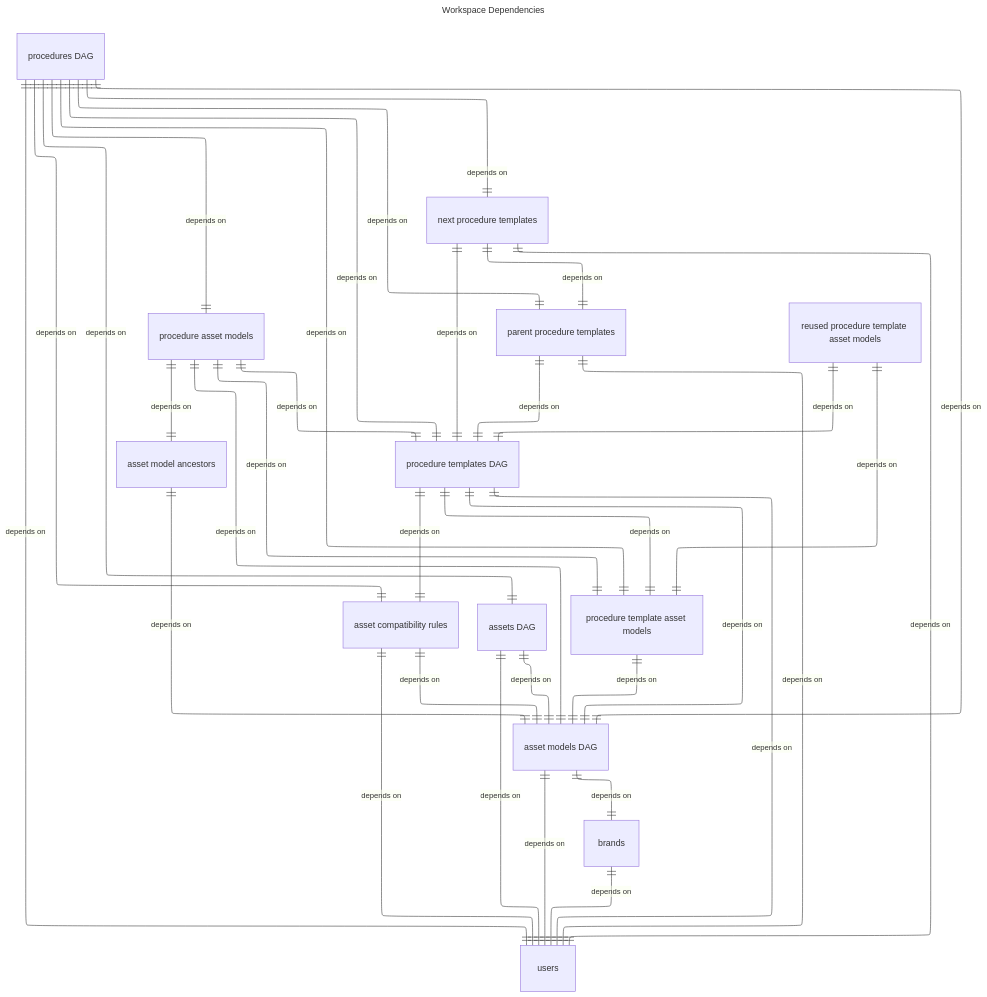
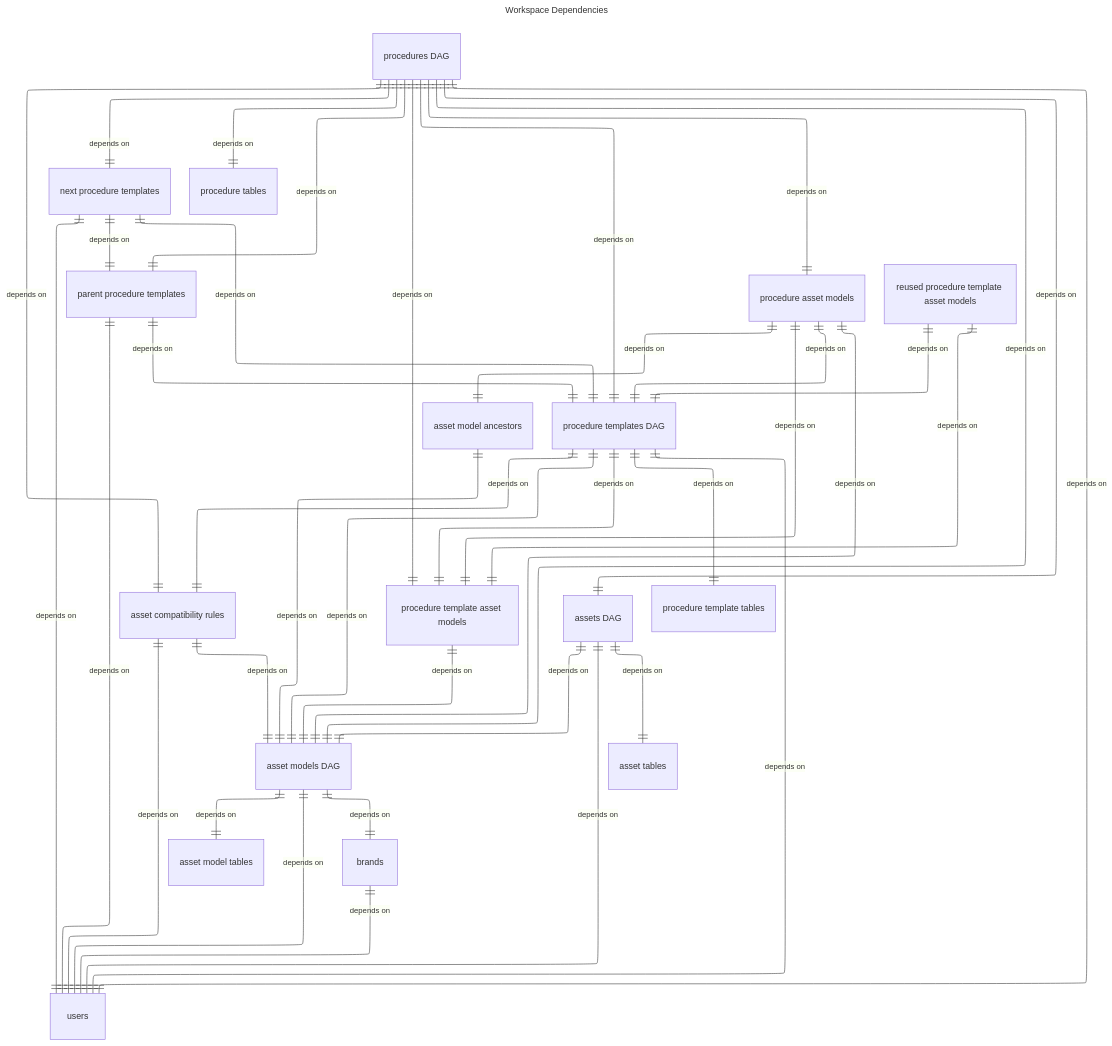
The diagram in builder/workspace_dependencies.mmd (earth-metabolome-initiative/asset-procedure-schema), drawn with Mermaid before and after one commit. The commit also changed 27 other files, not shown here.

Commit message:
Added dag node list tables

```diff
--- a/builder/workspace_dependencies.mmd
+++ b/builder/workspace_dependencies.mmd
@@ -1,55 +1,63 @@
 ---
 config:
   layout: elk
   theme: default
   look: classic
 title: Workspace Dependencies
 ---
 erDiagram
 direction TB
 v2["asset compatibility rules"]
 v3["asset model ancestors"]
-v4["asset models DAG"]
-v5["assets DAG"]
-v11["brands"]
-v57["next procedure templates"]
-v61["parent procedure templates"]
-v69["procedure asset models"]
-v70["procedure template asset models"]
-v71["procedure templates DAG"]
-v72["procedures DAG"]
-v73["reused procedure template asset models"]
-v82["users"]
-v71 ||--|| v70 : "depends on"
-v71 ||--|| v4 : "depends on"
-v72 ||--|| v71 : "depends on"
-v72 ||--|| v69 : "depends on"
-v72 ||--|| v70 : "depends on"
-v72 ||--|| v4 : "depends on"
-v72 ||--|| v5 : "depends on"
-v2 ||--|| v4 : "depends on"
-v2 ||--|| v82 : "depends on"
-v3 ||--|| v4 : "depends on"
-v4 ||--|| v82 : "depends on"
+v4["asset model tables"]
+v5["asset models DAG"]
+v6["asset tables"]
+v7["assets DAG"]
+v13["brands"]
+v59["next procedure templates"]
+v63["parent procedure templates"]
+v71["procedure asset models"]
+v72["procedure tables"]
+v73["procedure template asset models"]
+v74["procedure template tables"]
+v75["procedure templates DAG"]
+v76["procedures DAG"]
+v77["reused procedure template asset models"]
+v86["users"]
+v75 ||--|| v73 : "depends on"
+v75 ||--|| v5 : "depends on"
+v76 ||--|| v75 : "depends on"
+v76 ||--|| v71 : "depends on"
+v76 ||--|| v73 : "depends on"
+v76 ||--|| v5 : "depends on"
+v76 ||--|| v7 : "depends on"
+v2 ||--|| v5 : "depends on"
+v2 ||--|| v86 : "depends on"
+v3 ||--|| v5 : "depends on"
 v5 ||--|| v4 : "depends on"
-v5 ||--|| v82 : "depends on"
-v71 ||--|| v2 : "depends on"
-v72 ||--|| v2 : "depends on"
-v11 ||--|| v82 : "depends on"
-v4 ||--|| v11 : "depends on"
-v57 ||--|| v61 : "depends on"
-v57 ||--|| v71 : "depends on"
-v57 ||--|| v82 : "depends on"
-v61 ||--|| v71 : "depends on"
-v61 ||--|| v82 : "depends on"
-v69 ||--|| v3 : "depends on"
-v69 ||--|| v4 : "depends on"
-v69 ||--|| v70 : "depends on"
-v69 ||--|| v71 : "depends on"
-v70 ||--|| v4 : "depends on"
-v71 ||--|| v82 : "depends on"
-v72 ||--|| v57 : "depends on"
-v72 ||--|| v61 : "depends on"
-v72 ||--|| v82 : "depends on"
-v73 ||--|| v70 : "depends on"
-v73 ||--|| v71 : "depends on"
+v5 ||--|| v86 : "depends on"
+v7 ||--|| v5 : "depends on"
+v7 ||--|| v6 : "depends on"
+v7 ||--|| v86 : "depends on"
+v75 ||--|| v2 : "depends on"
+v76 ||--|| v2 : "depends on"
+v13 ||--|| v86 : "depends on"
+v5 ||--|| v13 : "depends on"
+v59 ||--|| v63 : "depends on"
+v59 ||--|| v75 : "depends on"
+v59 ||--|| v86 : "depends on"
+v63 ||--|| v75 : "depends on"
+v63 ||--|| v86 : "depends on"
+v71 ||--|| v3 : "depends on"
+v71 ||--|| v5 : "depends on"
+v71 ||--|| v73 : "depends on"
+v71 ||--|| v75 : "depends on"
+v73 ||--|| v5 : "depends on"
+v75 ||--|| v74 : "depends on"
+v75 ||--|| v86 : "depends on"
+v76 ||--|| v59 : "depends on"
+v76 ||--|| v63 : "depends on"
+v76 ||--|| v72 : "depends on"
+v76 ||--|| v86 : "depends on"
+v77 ||--|| v73 : "depends on"
+v77 ||--|| v75 : "depends on"
```
